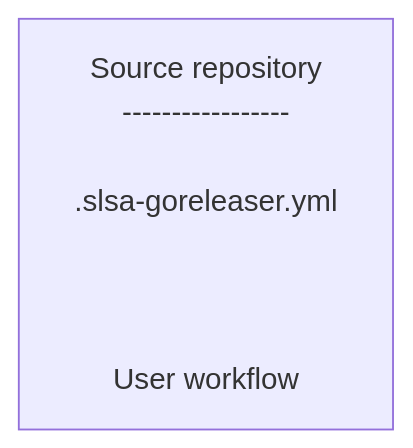
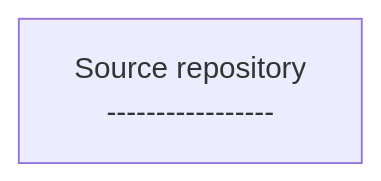
The diagram in SPECIFICATIONS.md (slsa-framework/slsa-github-generator), drawn with Mermaid before and after one commit.

Commit message:
update mermaid chart

````diff
--- a/SPECIFICATIONS.md
+++ b/SPECIFICATIONS.md
@@ -122,11 +122,4 @@
 ```mermaid
 flowchart LR
-  source[Source repository
------------------
-
-.slsa-goreleaser.yml
-
-
-
-User workflow]
+  source[Source repository\n-----------------]
 ```
````
